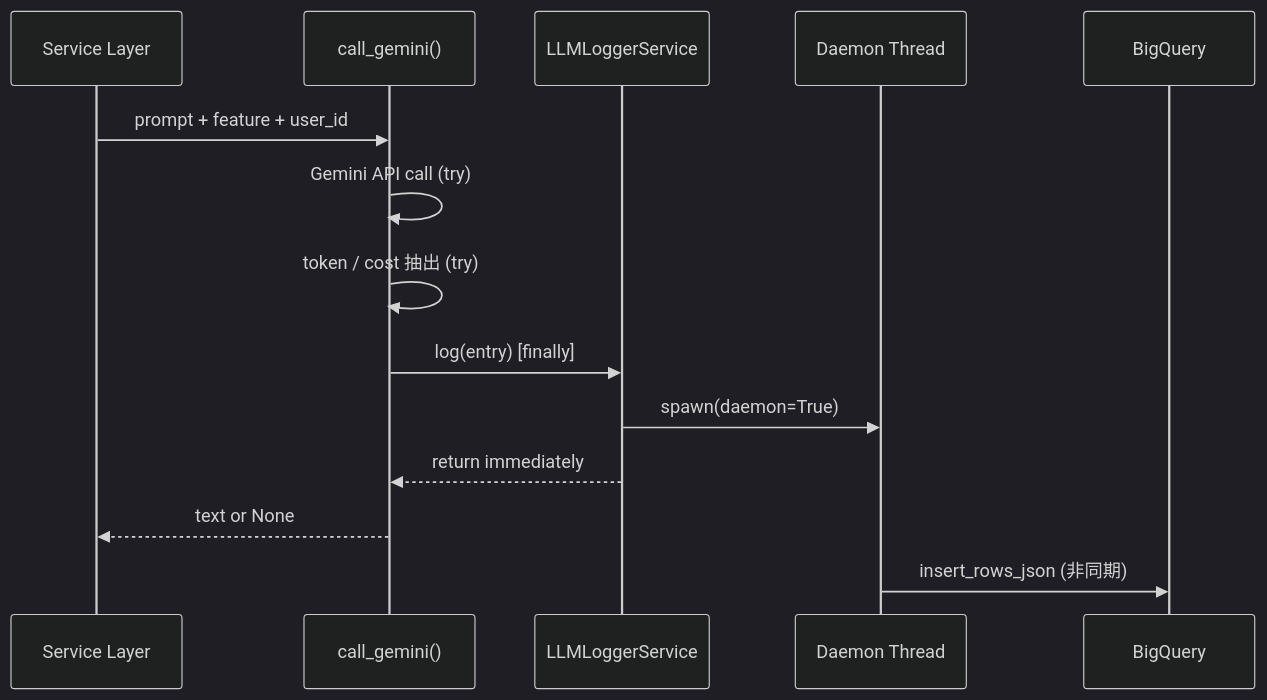
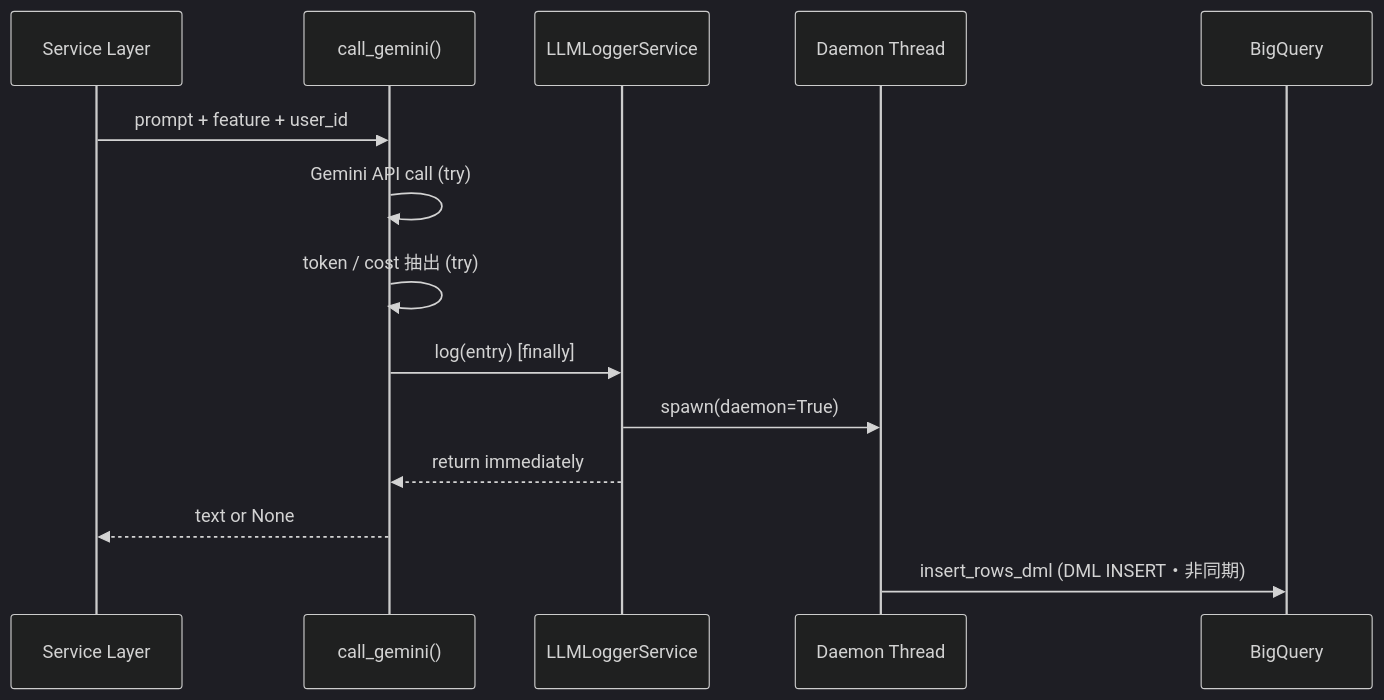
The third of 8 diagrams in README_ai_architecture.md (takeshimx/diamond-lens), drawn with Mermaid (dark theme) before and after one commit. The commit also changed other lines of this file and 4 other files, not shown here.

Commit message:
docs: document per-path judge criteria, DML writes, and judge review flow

````diff
--- a/README_ai_architecture.md
+++ b/README_ai_architecture.md
@@ -262,17 +262,17 @@
 ```mermaid
 sequenceDiagram
     participant Caller as Service Layer
     participant GW as call_gemini()
     participant LogSvc as LLMLoggerService
     participant Thread as Daemon Thread
     participant BQ as BigQuery
 
     Caller->>GW: prompt + feature + user_id
     GW->>GW: Gemini API call (try)
     GW->>GW: token / cost 抽出 (try)
     GW->>LogSvc: log(entry)  [finally]
     LogSvc->>Thread: spawn(daemon=True)
     LogSvc-->>GW: return immediately
     GW-->>Caller: text or None
-    Thread->>BQ: insert_rows_json (非同期)
+    Thread->>BQ: insert_rows_dml (DML INSERT・非同期)
 ```
````
